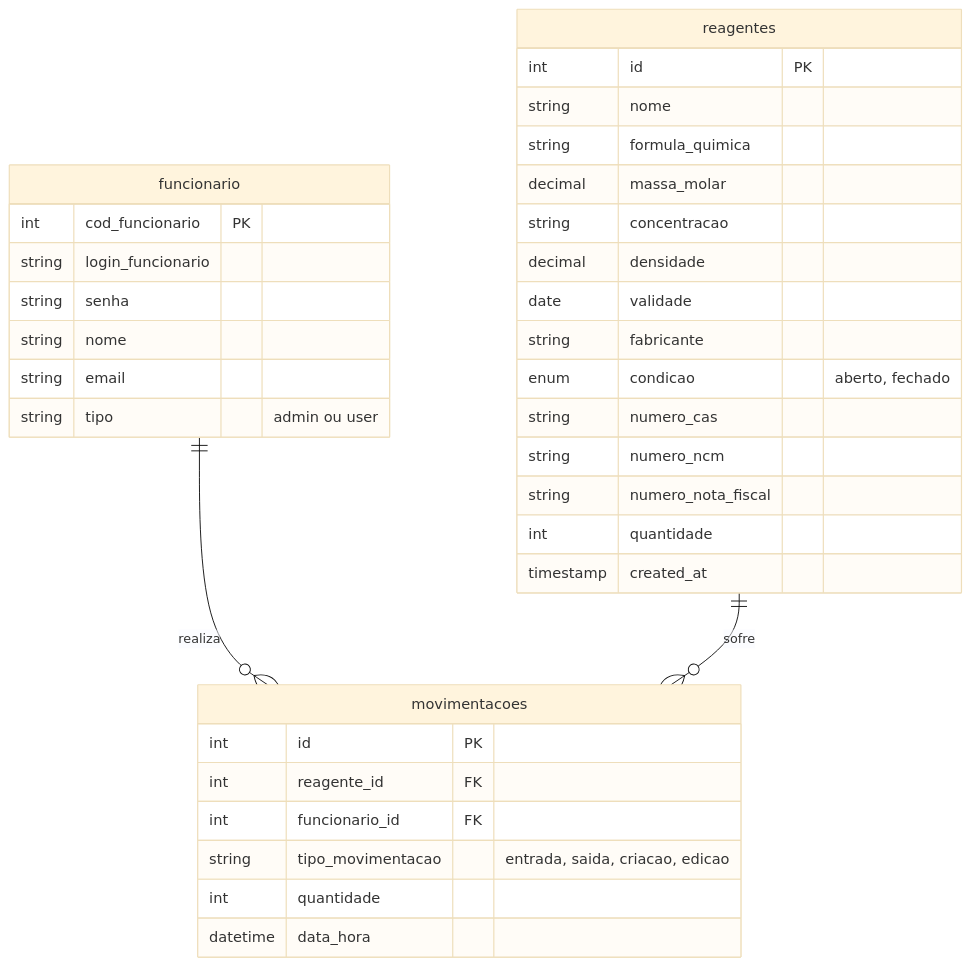
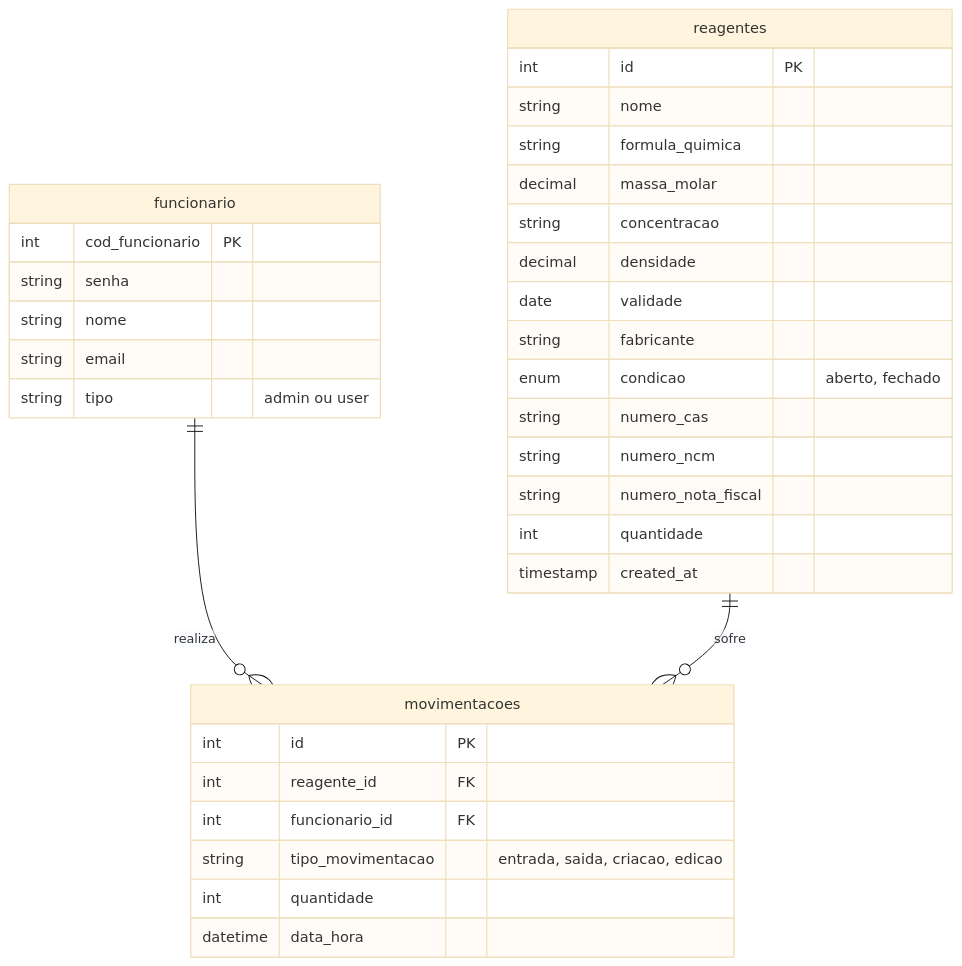
Before and after one commit to Tucelos/Chemicall: the diagram in database_schema.md, drawn with Mermaid (base theme). The commit also changed 21 other files, not shown here.

````diff
--- a/database_schema.md
+++ b/database_schema.md
@@ -7,40 +7,39 @@
 ```mermaid
 erDiagram
     funcionario ||--o{ movimentacoes : "realiza"
     reagentes ||--o{ movimentacoes : "sofre"
 
     funcionario {
         int cod_funcionario PK
-        string login_funcionario
         string senha
         string nome
         string email
         string tipo "admin ou user"
     }
 
     reagentes {
         int id PK
         string nome
         string formula_quimica
         decimal massa_molar
         string concentracao
         decimal densidade
         date validade
         string fabricante
         enum condicao "aberto, fechado"
         string numero_cas
         string numero_ncm
         string numero_nota_fiscal
         int quantidade
         timestamp created_at
     }
 
     movimentacoes {
         int id PK
         int reagente_id FK
         int funcionario_id FK
         string tipo_movimentacao "entrada, saida, criacao, edicao"
         int quantidade
         datetime data_hora
     }
 ```
````
